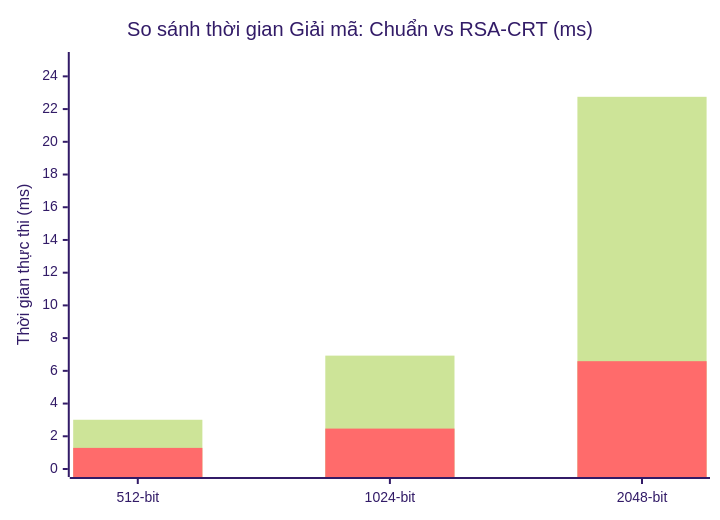
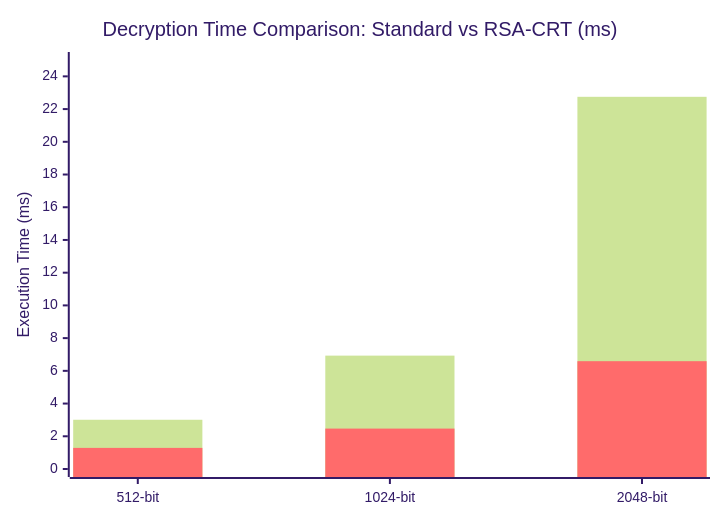
One commit to thuann2212/IS-TEXT- changed the fourth of 4 diagrams in docs/bao_cao_rsa.md. Above: the diagram before and after it, drawn with Mermaid (forest theme). The commit also changed other lines of this file and 5 other files, not shown here.

````diff
--- a/docs/bao_cao_rsa.md
+++ b/docs/bao_cao_rsa.md
@@ -551,8 +551,8 @@
 ```mermaid
 xychart-beta
-    title "So sánh thời gian Giải mã: Chuẩn vs RSA-CRT (ms)"
+    title "Decryption Time Comparison: Standard vs RSA-CRT (ms)"
     x-axis ["512-bit", "1024-bit", "2048-bit"]
-    y-axis "Thời gian thực thi (ms)" 0 --> 25
+    y-axis "Execution Time (ms)" 0 --> 25
     bar [3.01, 6.93, 22.75]
     bar [1.29, 2.47, 6.59]
 ```
````
